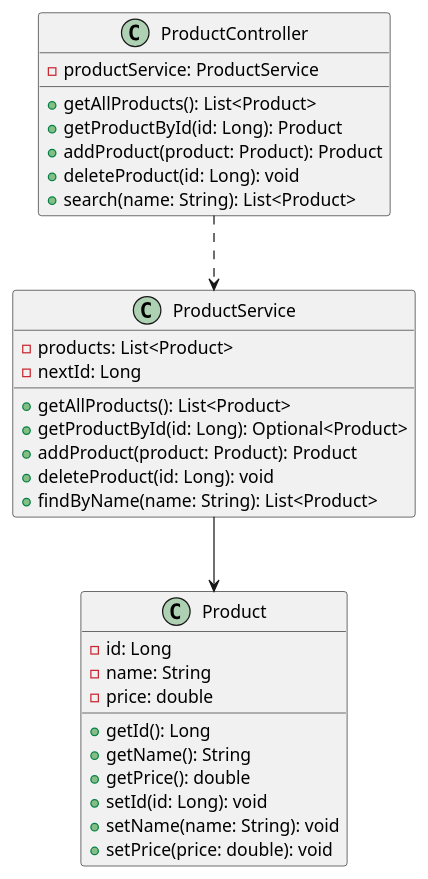
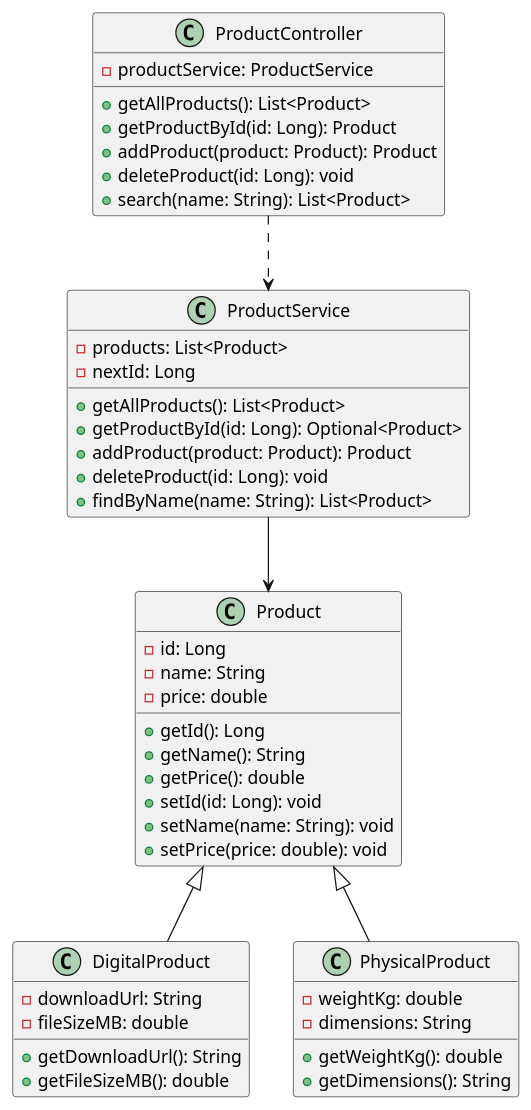
Before and after one commit to laknuja20250447-wq/products-api: the diagram in diagram.puml, drawn with PlantUML. The commit also changed 4 other files, not shown here.

```diff
--- a/diagram.puml
+++ b/diagram.puml
@@ -1,37 +1,54 @@
 @startuml
 
 class Product {
   - id: Long
   - name: String
   - price: double
   + getId(): Long
   + getName(): String
   + getPrice(): double
   + setId(id: Long): void
   + setName(name: String): void
   + setPrice(price: double): void
+}
+
+class DigitalProduct {
+  - downloadUrl: String
+  - fileSizeMB: double
+  + getDownloadUrl(): String
+  + getFileSizeMB(): double
+}
+
+class PhysicalProduct {
+  - weightKg: double
+  - dimensions: String
+  + getWeightKg(): double
+  + getDimensions(): String
 }
 
 class ProductService {
   - products: List<Product>
   - nextId: Long
   + getAllProducts(): List<Product>
   + getProductById(id: Long): Optional<Product>
   + addProduct(product: Product): Product
   + deleteProduct(id: Long): void
   + findByName(name: String): List<Product>
 }
 
 class ProductController {
   - productService: ProductService
   + getAllProducts(): List<Product>
   + getProductById(id: Long): Product
   + addProduct(product: Product): Product
   + deleteProduct(id: Long): void
   + search(name: String): List<Product>
 }
 
+Product <|-- DigitalProduct
+Product <|-- PhysicalProduct
+
 ProductController ..> ProductService
 ProductService --> Product
 
 @enduml
```
